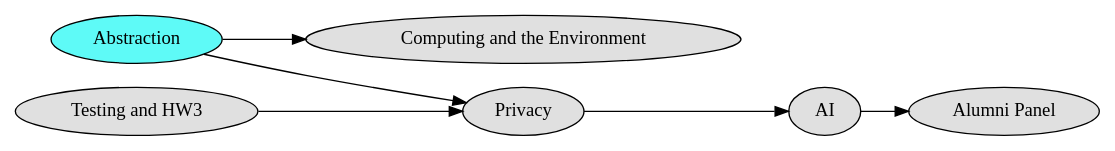
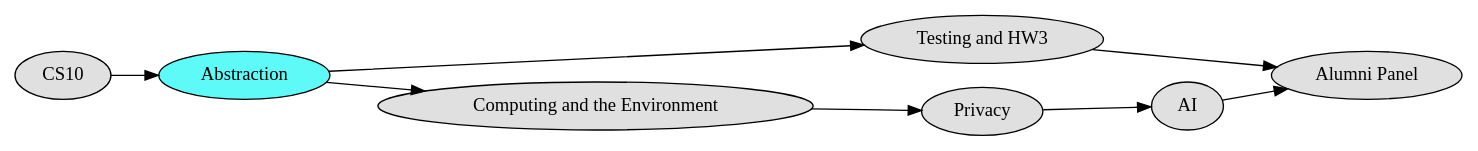
One commit to yhwli/DreamTeamParser changed the diagram in CS10_DTP_DOT.dot. Above: the diagram before and after it, drawn with Graphviz. The commit also changed 4 other files, not shown here.

```diff
--- a/CS10_DTP_DOT.dot
+++ b/CS10_DTP_DOT.dot
@@ -1,14 +1,17 @@
 digraph G {
 	rankdir = LR
-	node0[label = "Abstraction", shape = ellipse, style = filled, fillcolor = "#5efaf7"];
-	node1[label = "Testing and HW3", shape = ellipse, style = filled, fillcolor = "#e0e0e0"];
-	node2[label = "Computing and the Environment", shape = ellipse, style = filled, fillcolor = "#e0e0e0"];
-	node3[label = "Privacy", shape = ellipse, style = filled, fillcolor = "#e0e0e0"];
-	node4[label = "AI", shape = ellipse, style = filled, fillcolor = "#e0e0e0"];
-	node5[label = "Alumni Panel", shape = ellipse, style = filled, fillcolor = "#e0e0e0"];
-	node0 -> node2;
-	node0 -> node3;
+	node0[label = "CS10", shape = ellipse, style = filled, fillcolor = "#e0e0e0"];
+	node1[label = "Abstraction", shape = ellipse, style = filled, fillcolor = "#5efaf7"];
+	node2[label = "Testing and HW3", shape = ellipse, style = filled, fillcolor = "#e0e0e0"];
+	node3[label = "Computing and the Environment", shape = ellipse, style = filled, fillcolor = "#e0e0e0"];
+	node4[label = "Privacy", shape = ellipse, style = filled, fillcolor = "#e0e0e0"];
+	node5[label = "AI", shape = ellipse, style = filled, fillcolor = "#e0e0e0"];
+	node6[label = "Alumni Panel", shape = ellipse, style = filled, fillcolor = "#e0e0e0"];
+	node1 -> node2;
 	node1 -> node3;
 	node3 -> node4;
 	node4 -> node5;
+	node2 -> node6;
+	node5 -> node6;
+	node0 -> node1;
 }
```
